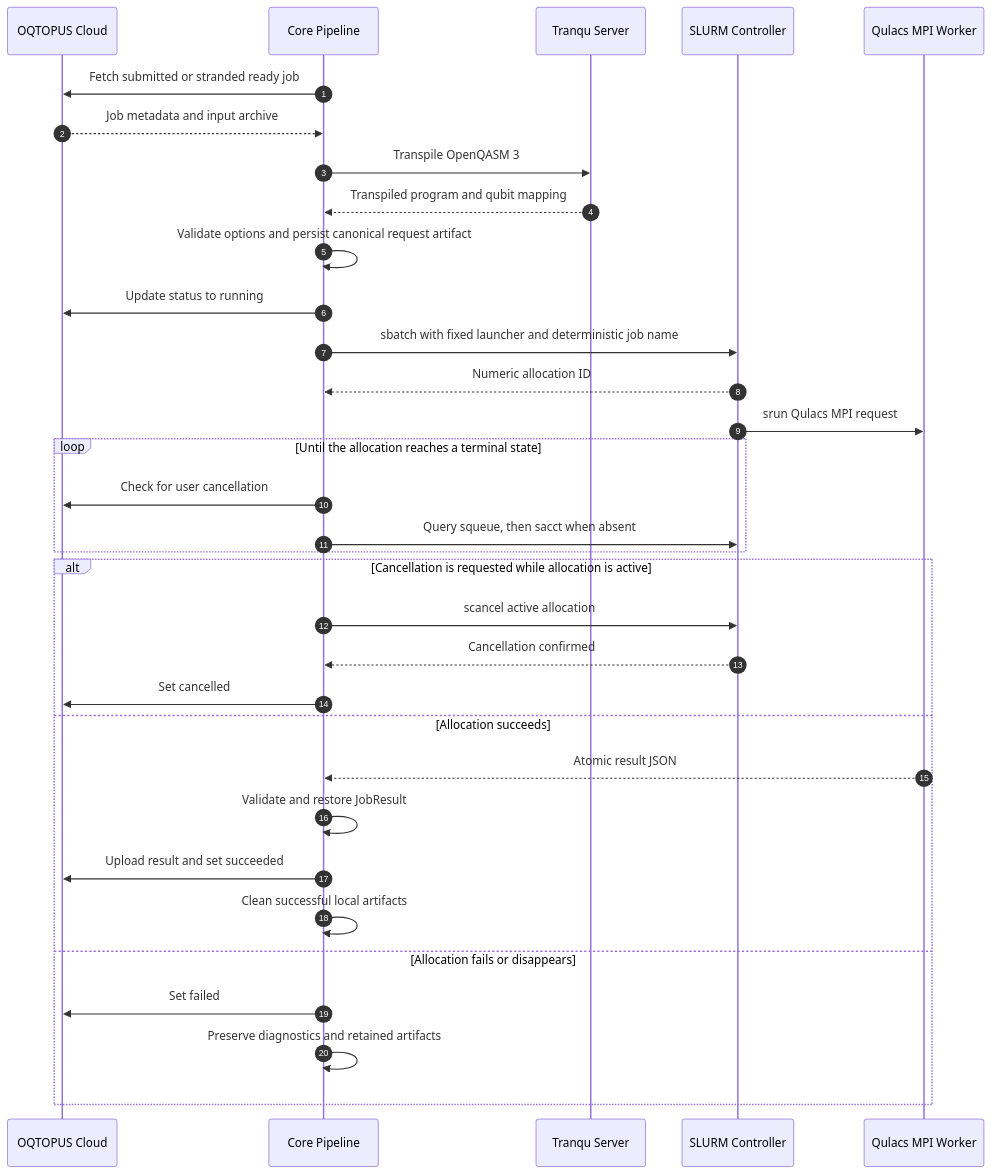
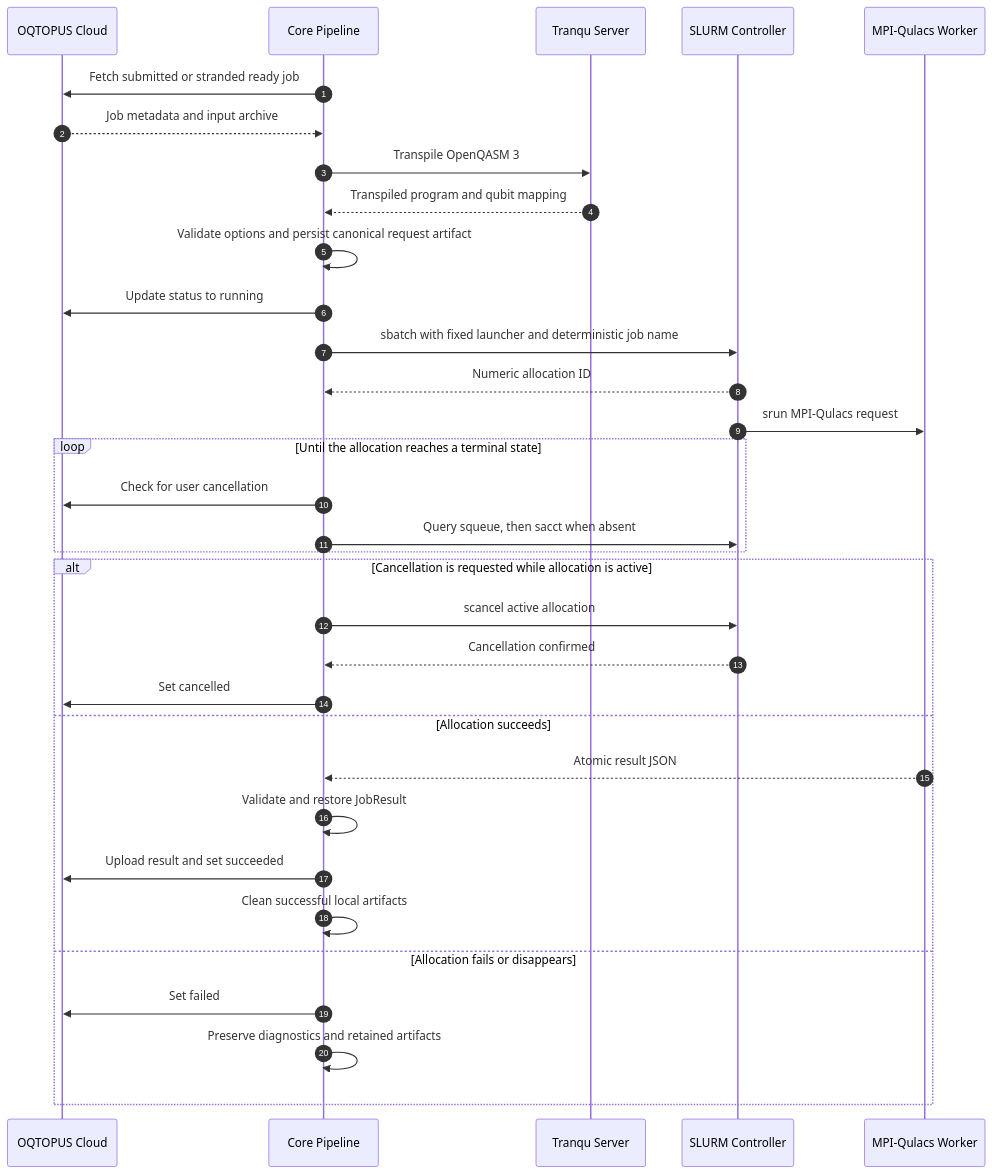
The first of 2 diagrams in docs/features/slurm_simulator/overview.md (oqtopus-team/oqtopus-engine), drawn with Mermaid before and after one commit. The commit also changed other lines of this file and 27 other files, not shown here.

````diff
--- a/docs/features/slurm_simulator/overview.md
+++ b/docs/features/slurm_simulator/overview.md
@@ -43,38 +43,38 @@
 ```mermaid
 sequenceDiagram
     autonumber
     participant Cloud as OQTOPUS Cloud
     participant Core as Core Pipeline
     participant Tranqu as Tranqu Server
     participant Slurm as SLURM Controller
-    participant Worker as Qulacs MPI Worker
+    participant Worker as MPI-Qulacs Worker
 
     Core->>Cloud: Fetch submitted or stranded ready job
     Cloud-->>Core: Job metadata and input archive
     Core->>Tranqu: Transpile OpenQASM 3
     Tranqu-->>Core: Transpiled program and qubit mapping
     Core->>Core: Validate options and persist canonical request artifact
     Core->>Cloud: Update status to running
     Core->>Slurm: sbatch with fixed launcher and deterministic job name
     Slurm-->>Core: Numeric allocation ID
-    Slurm->>Worker: srun Qulacs MPI request
+    Slurm->>Worker: srun MPI-Qulacs request
 
     loop Until the allocation reaches a terminal state
         Core->>Cloud: Check for user cancellation
         Core->>Slurm: Query squeue, then sacct when absent
     end
 
     alt Cancellation is requested while allocation is active
         Core->>Slurm: scancel active allocation
       Slurm-->>Core: Cancellation confirmed
       Core->>Cloud: Set cancelled
     else Allocation succeeds
         Worker-->>Core: Atomic result JSON
         Core->>Core: Validate and restore JobResult
         Core->>Cloud: Upload result and set succeeded
         Core->>Core: Clean successful local artifacts
     else Allocation fails or disappears
         Core->>Cloud: Set failed
         Core->>Core: Preserve diagnostics and retained artifacts
     end
 ```
````
